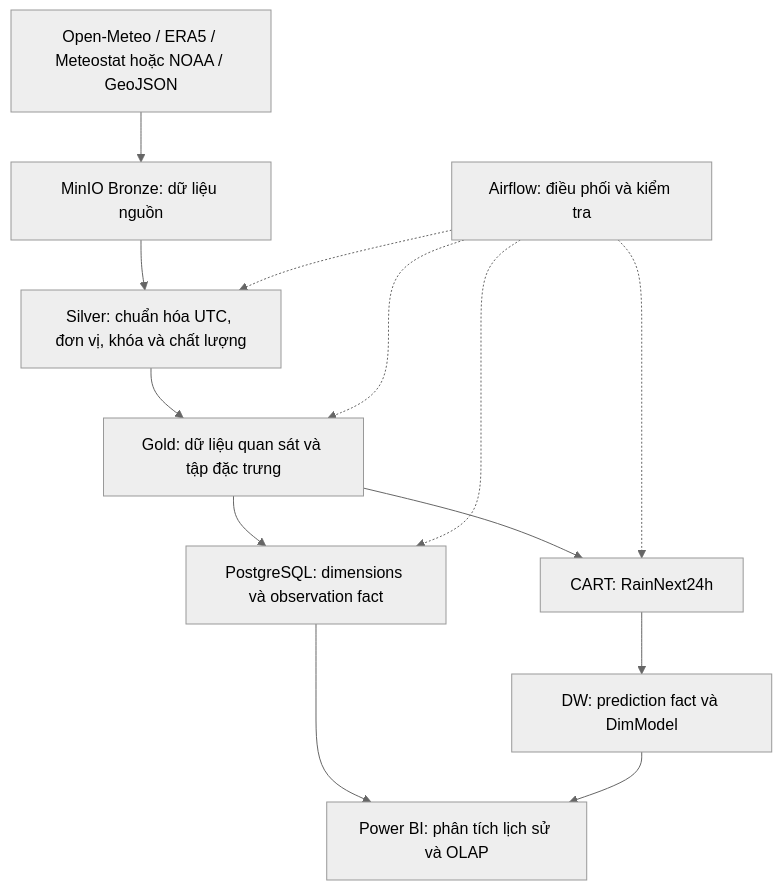
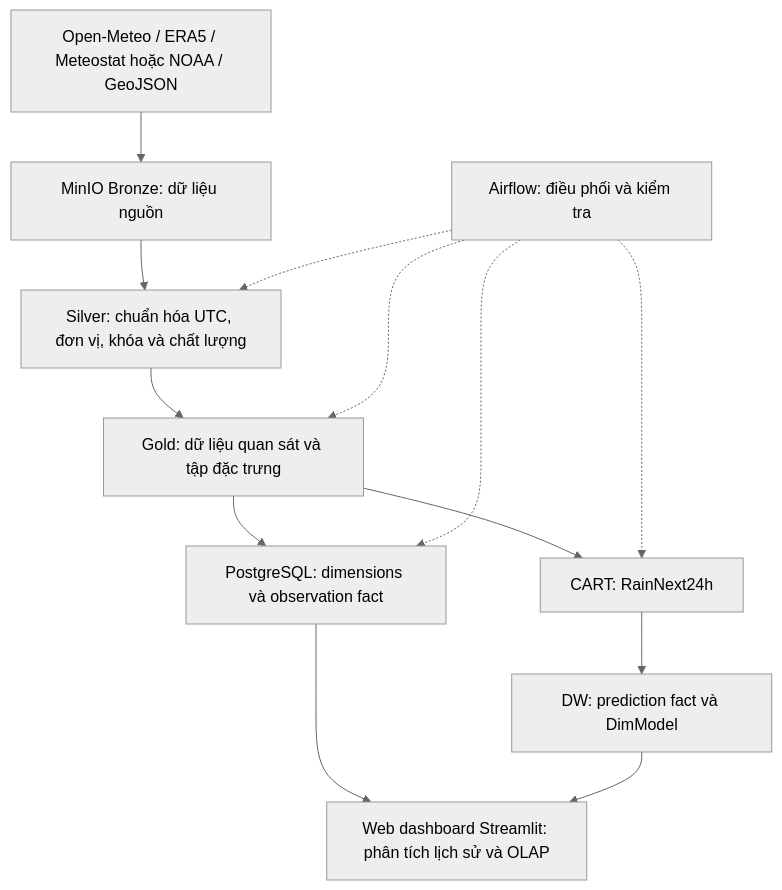
One commit to congdtptit/vietnam-weather-data-warehouse changed the diagram in README.md. Above: the diagram before and after it, drawn with Mermaid (neutral theme). The commit also changed other lines of this file and 14 other files, not shown here.

First line of the commit message:
feat(bi): replace Power BI with a web dashboard (IDs 20, 27, 33, 35)

````diff
--- a/README.md
+++ b/README.md
@@ -60,15 +61,15 @@
 ```mermaid
 flowchart TD
     SRC[Open-Meteo / ERA5 / Meteostat hoặc NOAA / GeoJSON] --> B[MinIO Bronze: dữ liệu nguồn]
     B --> S[Silver: chuẩn hóa UTC, đơn vị, khóa và chất lượng]
     S --> G[Gold: dữ liệu quan sát và tập đặc trưng]
     G --> DW[PostgreSQL: dimensions và observation fact]
-    DW --> BI[Power BI: phân tích lịch sử và OLAP]
+    DW --> BI[Web dashboard Streamlit: phân tích lịch sử và OLAP]
     G --> ML[CART: RainNext24h]
     ML --> P[DW: prediction fact và DimModel]
     P --> BI
     AF[Airflow: điều phối và kiểm tra] -.-> S
     AF -.-> G
     AF -.-> DW
     AF -.-> ML
 ```
````
